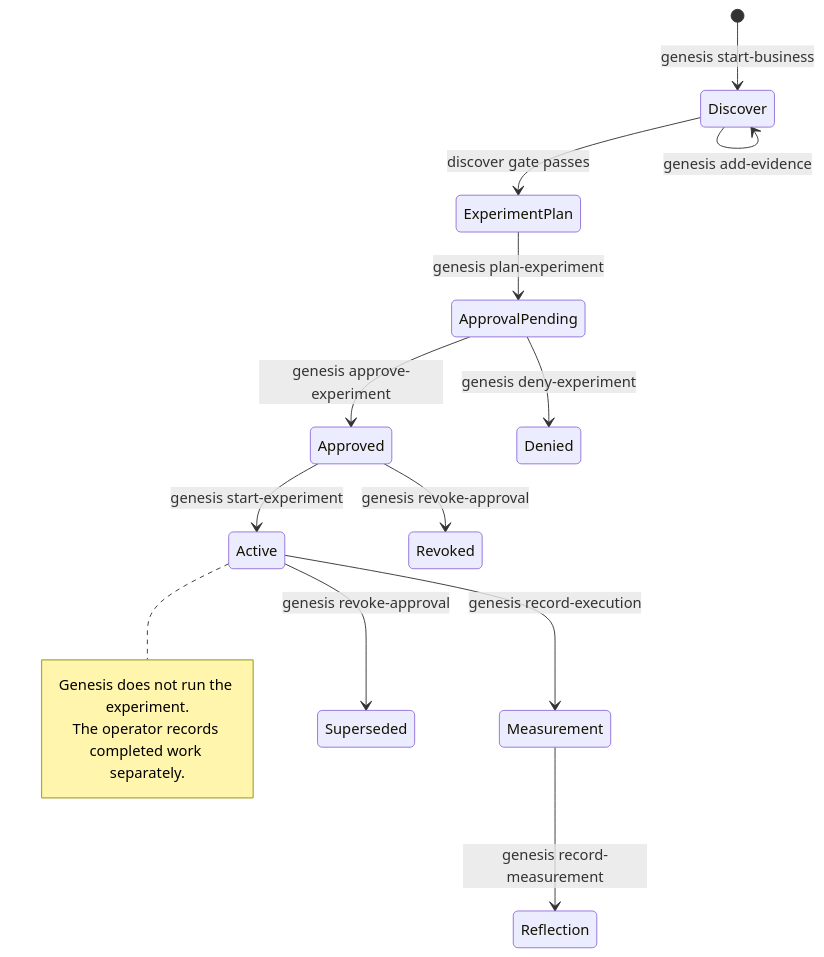
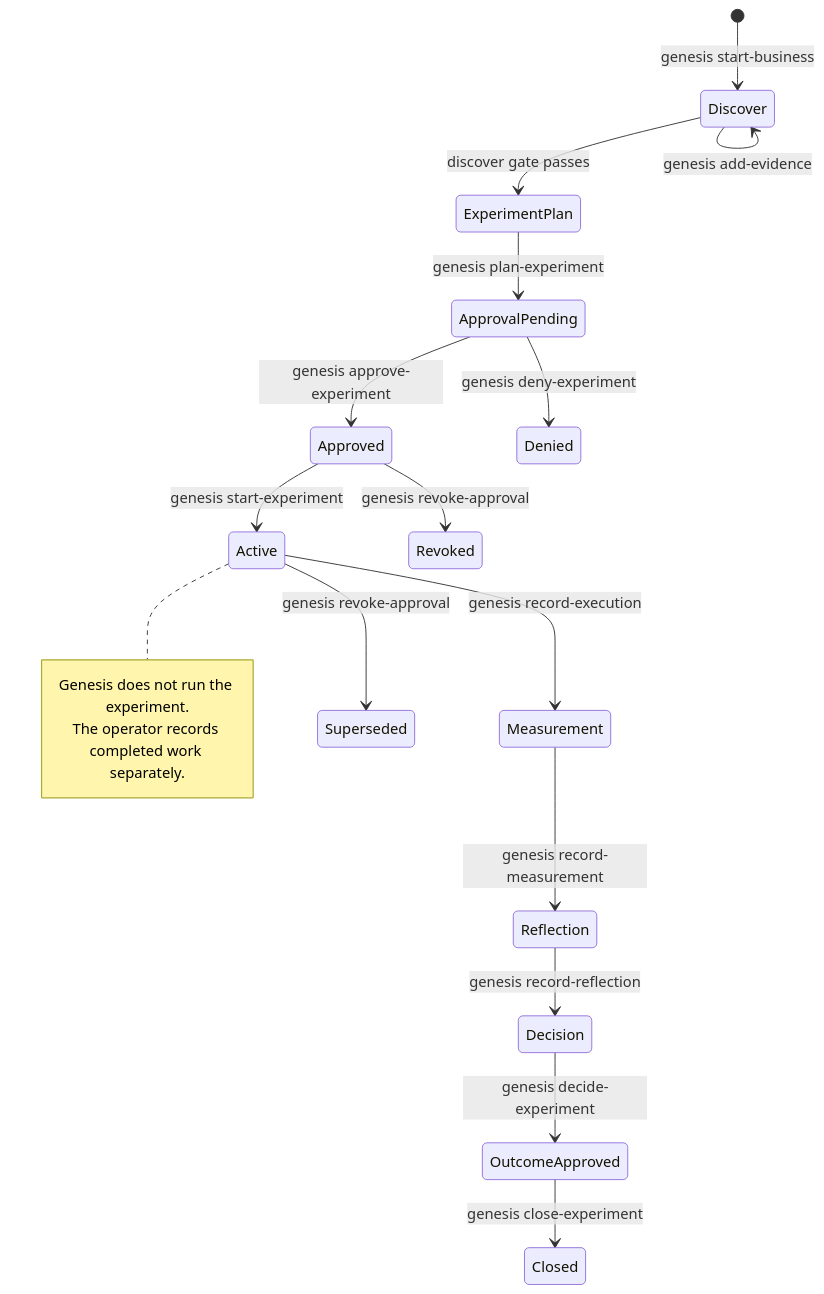
Before and after one commit to zee-cpu/Genesis: the second of 3 diagrams in README.md, drawn with Mermaid. The commit also changed other lines of this file and 18 other files, not shown here.

````diff
--- a/README.md
+++ b/README.md
@@ -114,18 +117,21 @@
 ```mermaid
 stateDiagram-v2
     [*] --> Discover: genesis start-business
     Discover --> Discover: genesis add-evidence
     Discover --> ExperimentPlan: discover gate passes
     ExperimentPlan --> ApprovalPending: genesis plan-experiment
     ApprovalPending --> Approved: genesis approve-experiment
     ApprovalPending --> Denied: genesis deny-experiment
     Approved --> Active: genesis start-experiment
     Active --> Measurement: genesis record-execution
     Measurement --> Reflection: genesis record-measurement
+    Reflection --> Decision: genesis record-reflection
+    Decision --> OutcomeApproved: genesis decide-experiment
+    OutcomeApproved --> Closed: genesis close-experiment
     Approved --> Revoked: genesis revoke-approval
     Active --> Superseded: genesis revoke-approval
     note right of Active
       Genesis does not run the experiment.
       The operator records completed work separately.
     end note
 ```
````
